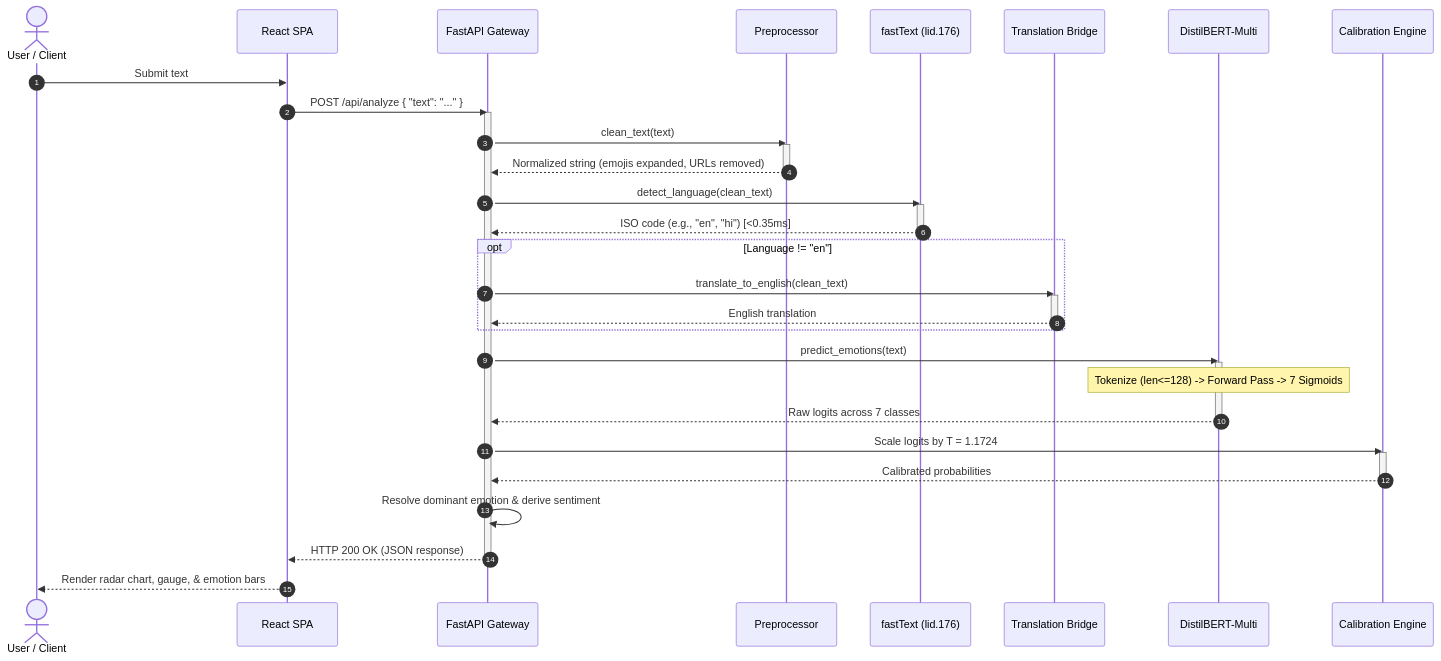
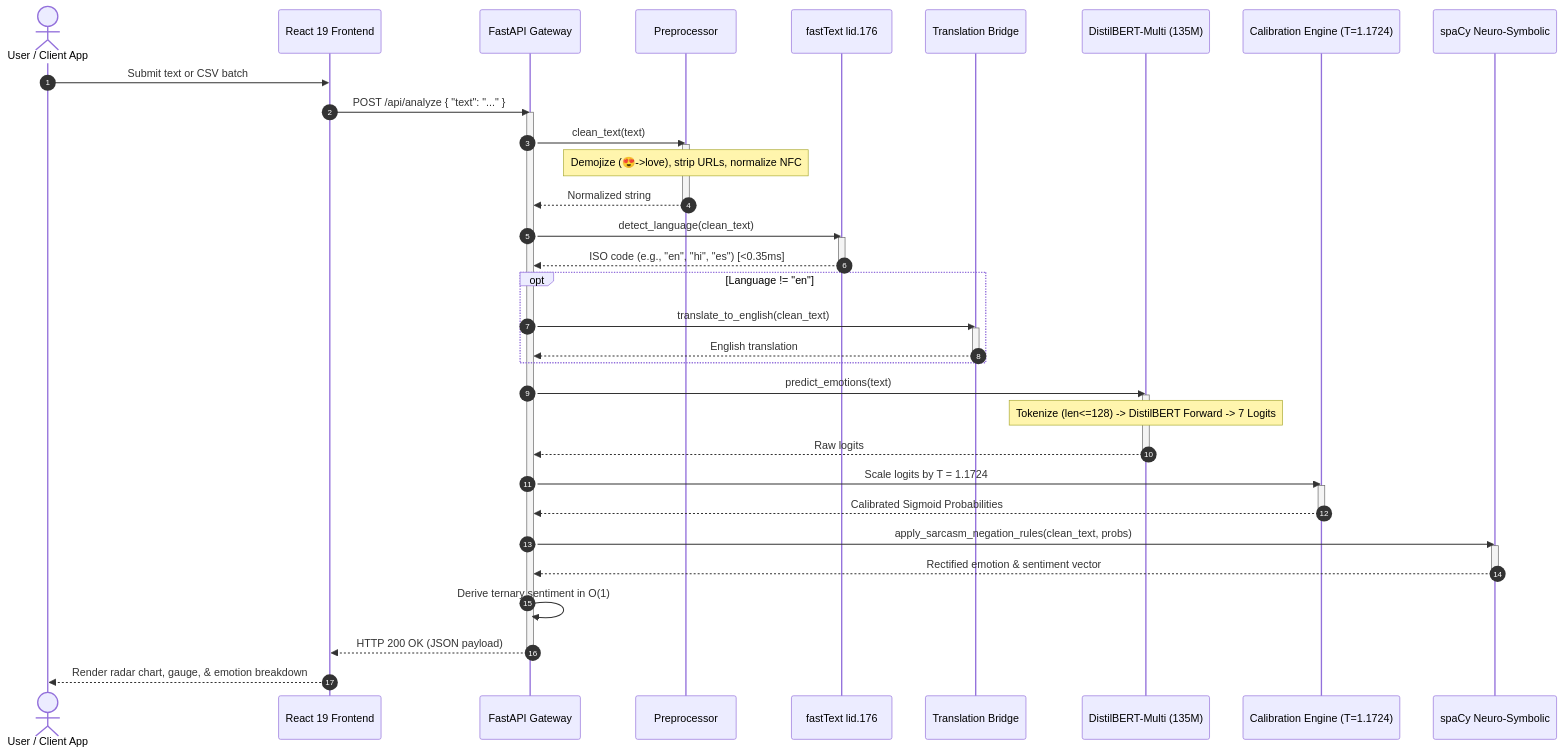
The second of 2 diagrams in README.md (Patel-Priyank-1602/MoodMax), drawn with Mermaid before and after one commit. The commit also changed other lines of this file, not shown here.

````diff
--- a/README.md
+++ b/README.md
@@ -215,50 +297,57 @@
 ```mermaid
 sequenceDiagram
     autonumber
-    actor Client as User / Client
-    participant UI as React SPA
+    actor Client as User / Client App
+    participant UI as React 19 Frontend
     participant API as FastAPI Gateway
     participant Pre as Preprocessor
-    participant FT as fastText (lid.176)
+    participant FT as fastText lid.176
     participant Trans as Translation Bridge
-    participant Distil as DistilBERT-Multi
-    participant Calib as Calibration Engine
+    participant Distil as DistilBERT-Multi (135M)
+    participant Calib as Calibration Engine (T=1.1724)
+    participant Sym as spaCy Neuro-Symbolic
+    
+    Client->>UI: Submit text or CSV batch
+    UI->>API: POST /api/analyze { "text": "..." }
+    activate API
 
-    Client->>UI: Submit text
-    UI->>API: POST /api/analyze { "text": "..." }
-    
-    activate API
     API->>Pre: clean_text(text)
     activate Pre
-    Pre-->>API: Normalized string (emojis expanded, URLs removed)
+    Note over Pre: Demojize (😍->love), strip URLs, normalize NFC
+    Pre-->>API: Normalized string
     deactivate Pre
 
     API->>FT: detect_language(clean_text)
     activate FT
-    FT-->>API: ISO code (e.g., "en", "hi") [<0.35ms]
+    FT-->>API: ISO code (e.g., "en", "hi", "es") [<0.35ms]
     deactivate FT
 
     opt Language != "en"
         API->>Trans: translate_to_english(clean_text)
         activate Trans
         Trans-->>API: English translation
         deactivate Trans
     end
 
     API->>Distil: predict_emotions(text)
     activate Distil
-    Note over Distil: Tokenize (len<=128) -> Forward Pass -> 7 Sigmoids
-    Distil-->>API: Raw logits across 7 classes
+    Note over Distil: Tokenize (len<=128) -> DistilBERT Forward -> 7 Logits
+    Distil-->>API: Raw logits
     deactivate Distil
 
     API->>Calib: Scale logits by T = 1.1724
     activate Calib
-    Calib-->>API: Calibrated probabilities
+    Calib-->>API: Calibrated Sigmoid Probabilities
     deactivate Calib
 
-    API->>API: Resolve dominant emotion & derive sentiment
-    API-->>UI: HTTP 200 OK (JSON response)
+    API->>Sym: apply_sarcasm_negation_rules(clean_text, probs)
+    activate Sym
+    Sym-->>API: Rectified emotion & sentiment vector
+    deactivate Sym
+
+    API->>API: Derive ternary sentiment in O(1)
+    API-->>UI: HTTP 200 OK (JSON payload)
     deactivate API
 
-    UI-->>Client: Render radar chart, gauge, & emotion bars
+    UI-->>Client: Render radar chart, gauge, & emotion breakdown
 ```
````
